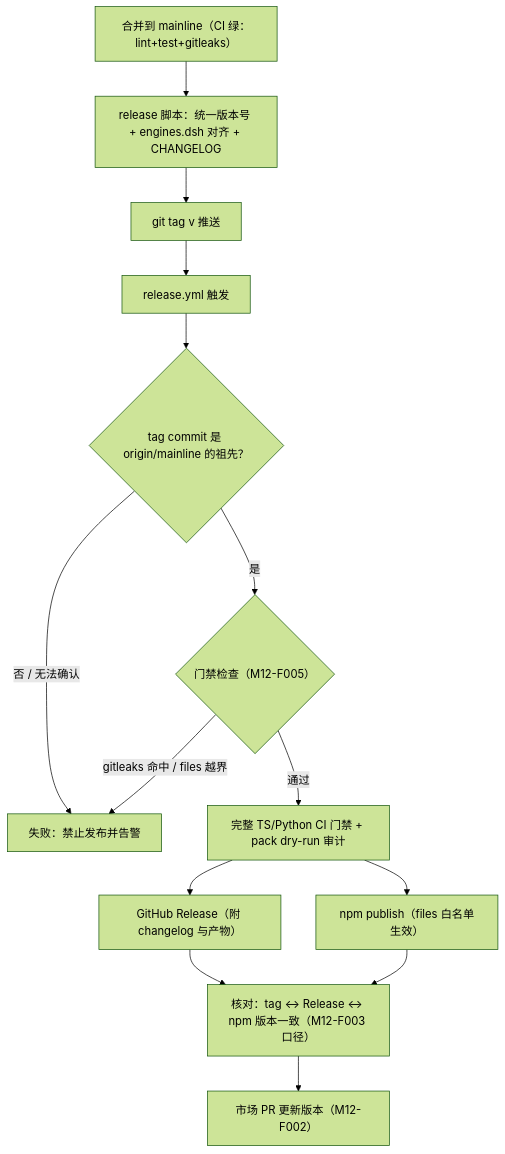
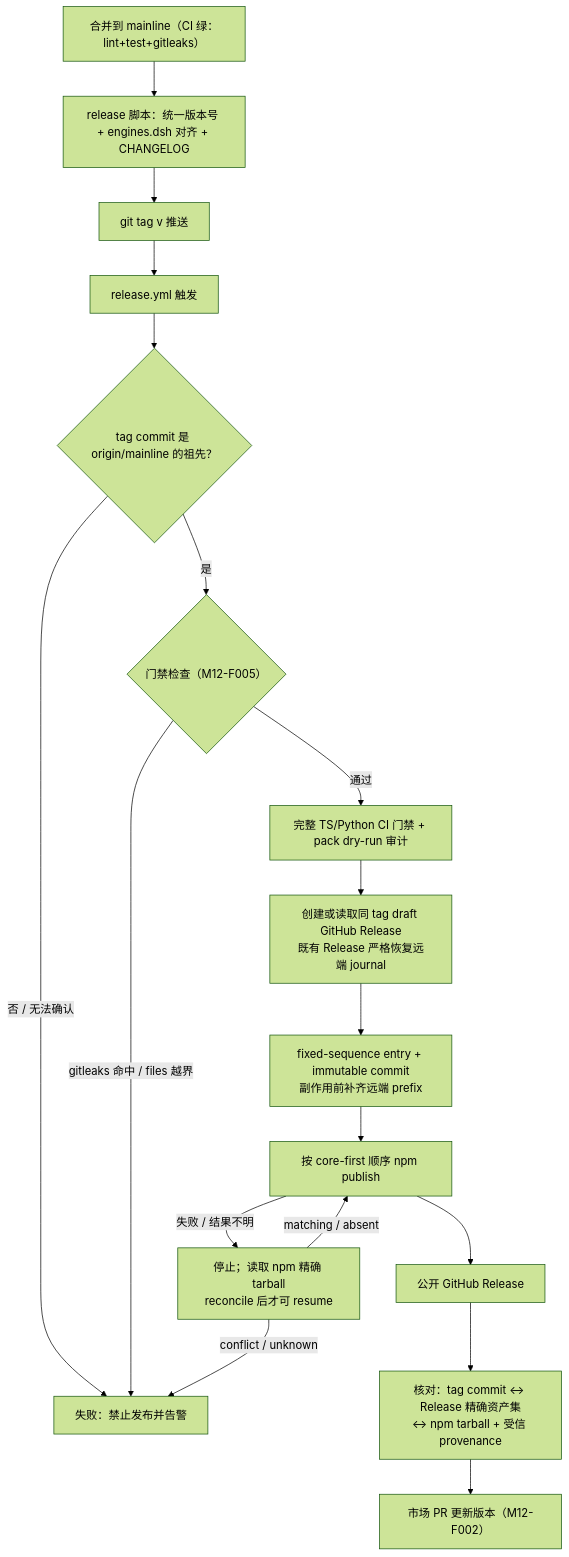
Before and after one commit to yin52133/dsh-luban: the first of 2 diagrams in design/03-modules/M12-market-release.md, drawn with Mermaid (forest theme). The commit also changed other lines of this file and 2 other files, not shown here.

Commit message:
docs(release): specify immutable recovery protocol

````diff
--- a/design/03-modules/M12-market-release.md
+++ b/design/03-modules/M12-market-release.md
@@ -42,15 +46,20 @@
 ```mermaid
 flowchart TD
     A["合并到 mainline（CI 绿：lint+test+gitleaks）"] --> B["release 脚本：统一版本号 + engines.dsh 对齐 + CHANGELOG"]
     B --> C["git tag v<semver> 推送"]
     C --> D["release.yml 触发"]
     D --> D1{"tag commit 是 origin/mainline 的祖先？"}
     D1 -- "否 / 无法确认" --> X
     D1 -- 是 --> E{"门禁检查（M12-F005）"}
     E -- "gitleaks 命中 / files 越界" --> X["失败：禁止发布并告警"]
     E -- 通过 --> F["完整 TS/Python CI 门禁 + pack dry-run 审计"]
-    F --> G["GitHub Release（附 changelog 与产物）"]
-    F --> H["npm publish（files 白名单生效）"]
-    G & H --> I["核对：tag ↔ Release ↔ npm 版本一致（M12-F003 口径）"]
+    F --> G["创建或读取同 tag draft GitHub Release<br/>既有 Release 严格恢复远端 journal"]
+    G --> L["fixed-sequence entry + immutable commit<br/>副作用前补齐远端 prefix"]
+    L --> H["按 core-first 顺序 npm publish"]
+    H -- "失败 / 结果不明" --> R["停止；读取 npm 精确 tarball<br/>reconcile 后才可 resume"]
+    R -- "matching / absent" --> H
+    R -- "conflict / unknown" --> X
+    H --> P["公开 GitHub Release"]
+    P --> I["核对：tag commit ↔ Release 精确资产集<br/>↔ npm tarball + 受信 provenance"]
     I --> J["市场 PR 更新版本（M12-F002）"]
 ```
````
